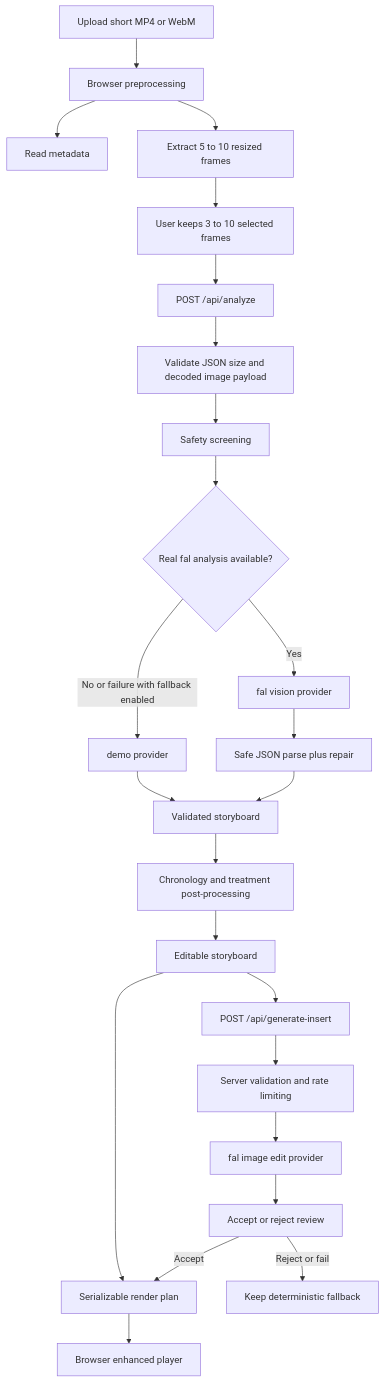
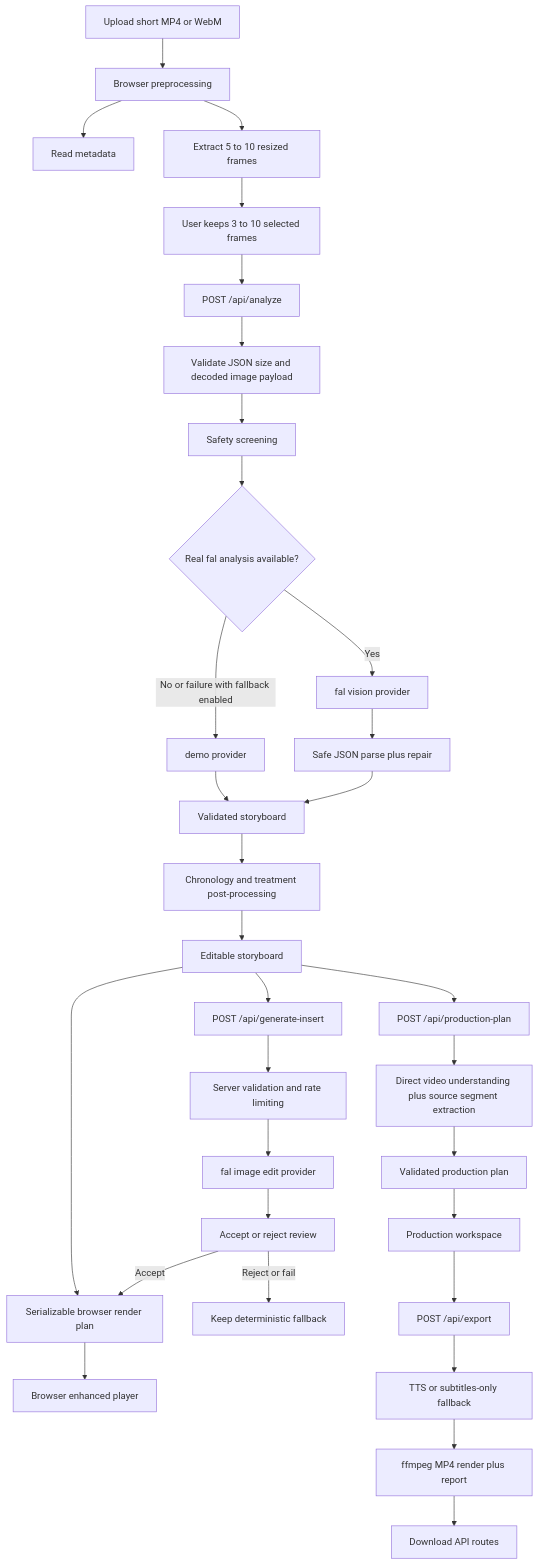
Before and after one commit to PatWork55/GhostCrew: the diagram in README.md, drawn with Mermaid. The commit also changed other lines of this file and 6 other files, not shown here.

````diff
--- a/README.md
+++ b/README.md
@@ -55,26 +58,34 @@
 ```mermaid
 flowchart TD
   A[Upload short MP4 or WebM] --> B[Browser preprocessing]
   B --> B1[Read metadata]
   B --> B2[Extract 5 to 10 resized frames]
   B2 --> B3[User keeps 3 to 10 selected frames]
   B3 --> C[POST /api/analyze]
   C --> D[Validate JSON size and decoded image payload]
   D --> E[Safety screening]
   E --> F{Real fal analysis available?}
   F -->|Yes| G[fal vision provider]
   F -->|No or failure with fallback enabled| H[demo provider]
   G --> I[Safe JSON parse plus repair]
   H --> J[Validated storyboard]
   I --> J
   J --> K[Chronology and treatment post-processing]
   K --> L[Editable storyboard]
-  L --> M[Serializable render plan]
-  L --> N[POST /api/generate-insert]
-  N --> O[Server validation and rate limiting]
-  O --> P[fal image edit provider]
-  P --> Q[Accept or reject review]
-  Q -->|Accept| M
-  Q -->|Reject or fail| R[Keep deterministic fallback]
-  M --> S[Browser enhanced player]
+  L --> M[Serializable browser render plan]
+  M --> N[Browser enhanced player]
+  L --> O[POST /api/generate-insert]
+  O --> P[Server validation and rate limiting]
+  P --> Q[fal image edit provider]
+  Q --> R[Accept or reject review]
+  R -->|Accept| M
+  R -->|Reject or fail| S[Keep deterministic fallback]
+  L --> T[POST /api/production-plan]
+  T --> U[Direct video understanding plus source segment extraction]
+  U --> V[Validated production plan]
+  V --> W[Production workspace]
+  W --> X[POST /api/export]
+  X --> Y[TTS or subtitles-only fallback]
+  Y --> Z[ffmpeg MP4 render plus report]
+  Z --> AA[Download API routes]
 ```
````
